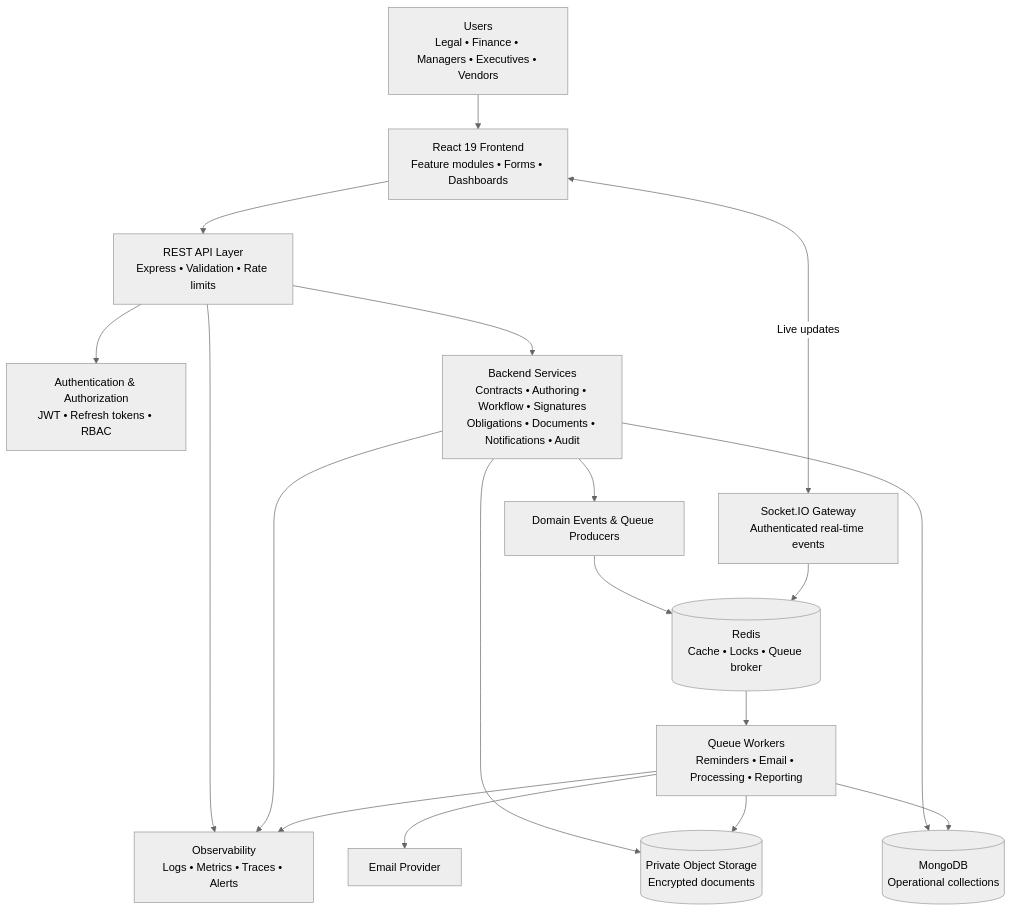
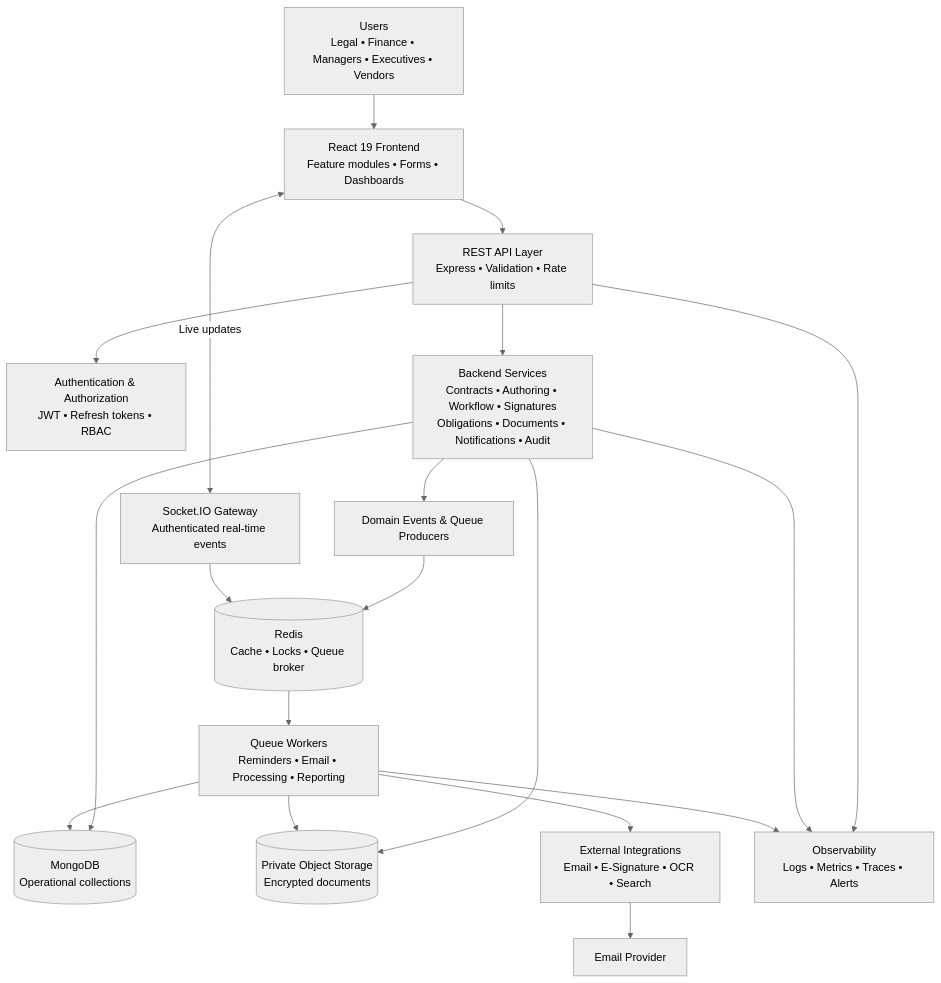
The first of 4 diagrams in docs/Architecture.md (AhmedBinAmeer/CovenX), drawn with Mermaid (neutral theme) before and after one commit. The commit also changed other lines of this file and 2 other files, not shown here.

Commit message:
docs: add CovenX system architecture documentation

````diff
--- a/docs/Architecture.md
+++ b/docs/Architecture.md
@@ -57,34 +57,36 @@
 ```mermaid
 flowchart TB
     U[Users\nLegal • Finance • Managers • Executives • Vendors]
     FE[React 19 Frontend\nFeature modules • Forms • Dashboards]
     API[REST API Layer\nExpress • Validation • Rate limits]
     AUTH[Authentication & Authorization\nJWT • Refresh tokens • RBAC]
     SVC[Backend Services\nContracts • Authoring • Workflow • Signatures\nObligations • Documents • Notifications • Audit]
     EVT[Domain Events & Queue Producers]
     DB[(MongoDB\nOperational collections)]
     REDIS[(Redis\nCache • Locks • Queue broker)]
     WORK[Queue Workers\nReminders • Email • Processing • Reporting]
     OBJ[(Private Object Storage\nEncrypted documents)]
     IO[Socket.IO Gateway\nAuthenticated real-time events]
+    EXT[External Integrations\nEmail • E-Signature • OCR • Search]
     MAIL[Email Provider]
     OBS[Observability\nLogs • Metrics • Traces • Alerts]
 
     U --> FE
     FE --> API
     FE <-->|Live updates| IO
     API --> AUTH
     API --> SVC
     SVC --> DB
     SVC --> OBJ
     SVC --> EVT
     EVT --> REDIS
     REDIS --> WORK
     WORK --> DB
     WORK --> OBJ
-    WORK --> MAIL
+    WORK --> EXT
+    EXT --> MAIL
     IO --> REDIS
     API --> OBS
     SVC --> OBS
     WORK --> OBS
 ```
````
